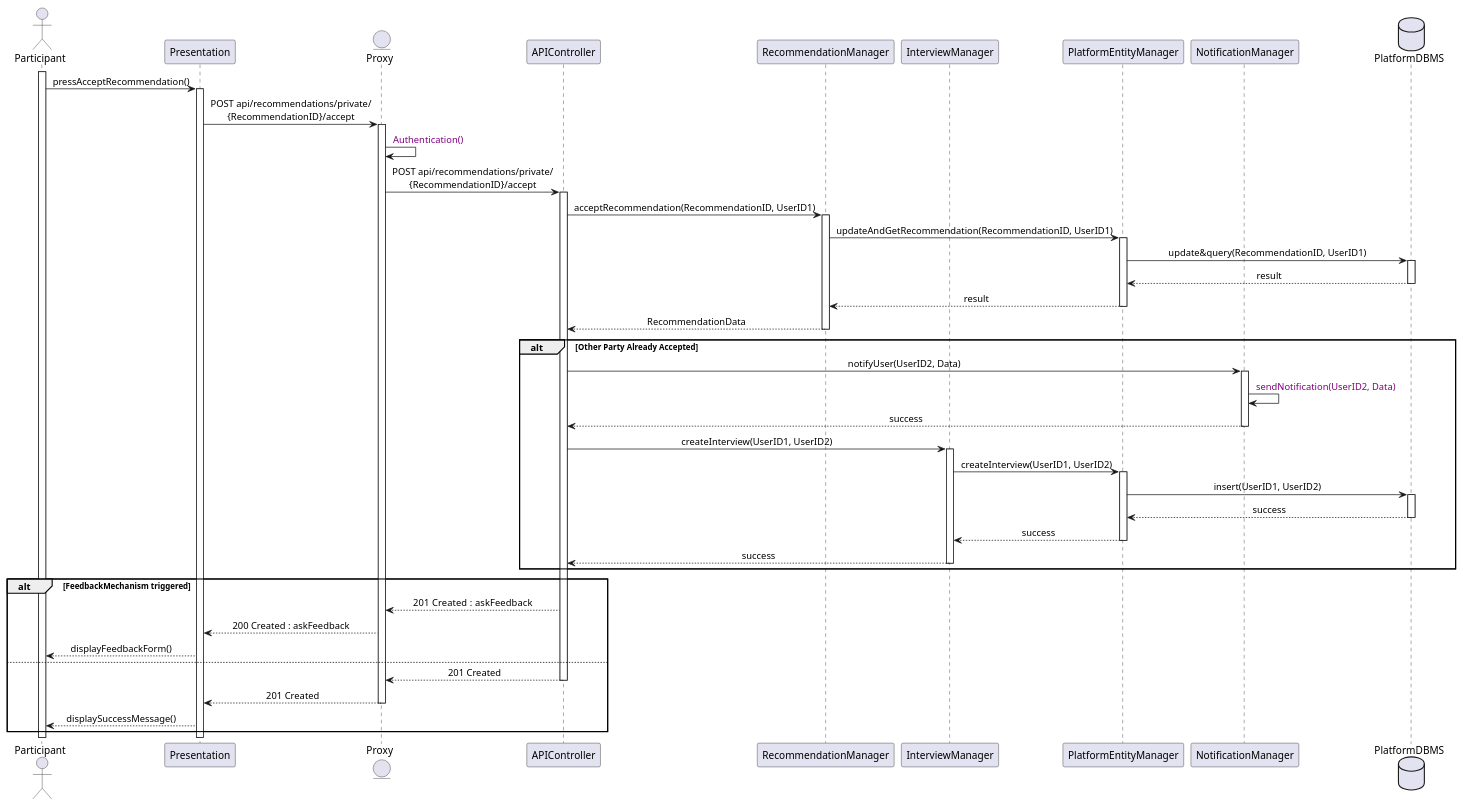
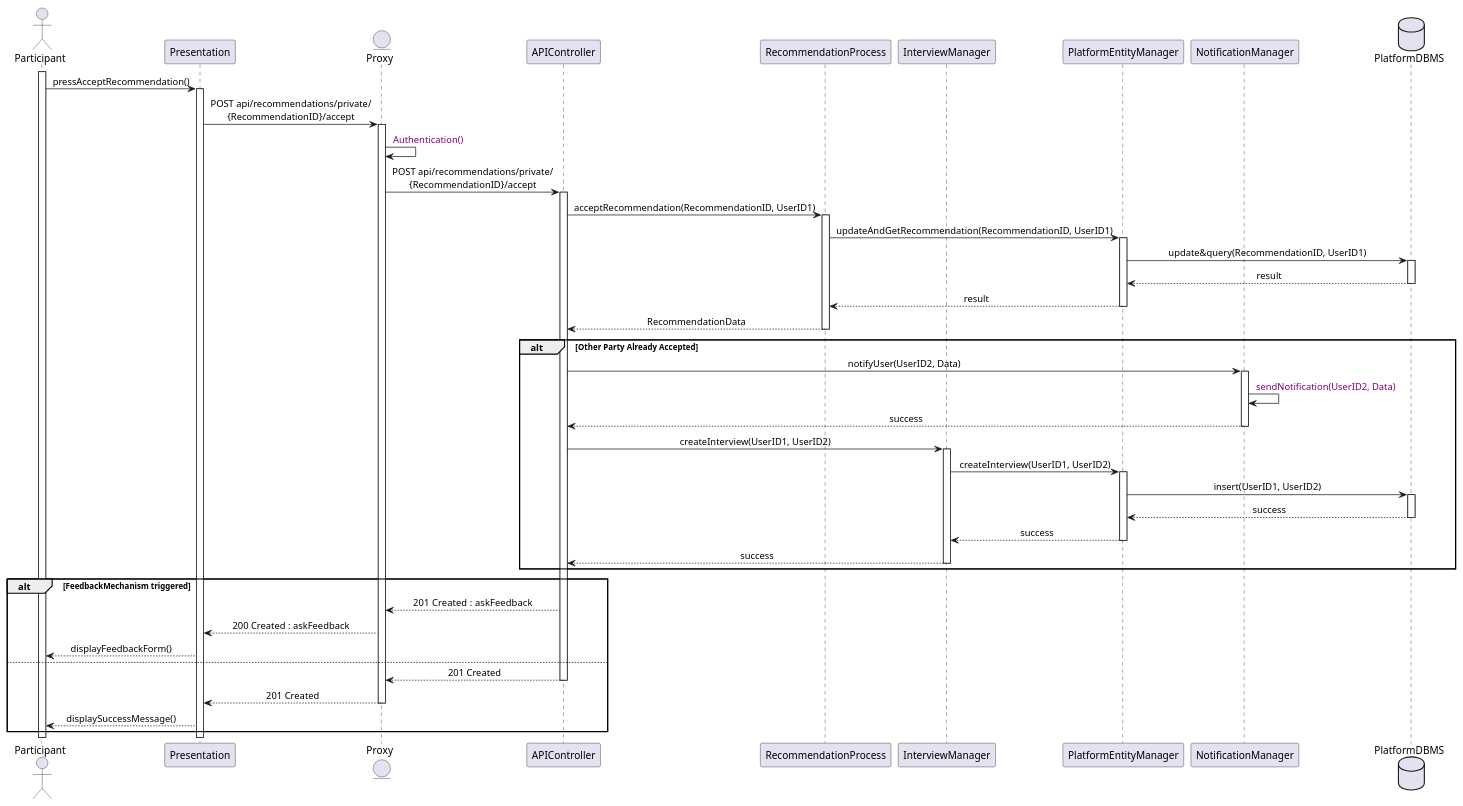
The diagram in Diagrams/SequenceDiagrams/DD/6.1ParticipantAcceptsMatch.wsd (Slaitroc/RicciPaoliGrisoni), drawn with PlantUML before and after one commit. The commit also changed 3 other files, not shown here.

Commit message:
change RecommendationManager to RecommendationProcess

```diff
--- a/Diagrams/SequenceDiagrams/DD/6.1ParticipantAcceptsMatch.wsd
+++ b/Diagrams/SequenceDiagrams/DD/6.1ParticipantAcceptsMatch.wsd
@@ -1,50 +1,50 @@
 @startuml AcceptRecommendation
 skinparam sequenceMessageAlign center
 actor       Participant
 participant  Presentation
 entity      Proxy
 participant APIController
-participant RecommendationManager
+participant RecommendationProcess
 participant InterviewManager
 participant PlatformEntityManager
 participant NotificationManager
 database    PlatformDBMS
 
 activate Participant
 Participant -> Presentation : pressAcceptRecommendation()
 activate Presentation
 Presentation -> Proxy : POST api/recommendations/private/\n{RecommendationID}/accept
 activate Proxy
 Proxy -> Proxy : <color:purple> Authentication()
 
 Proxy -> APIController ++ : POST api/recommendations/private/\n{RecommendationID}/accept
-APIController -> RecommendationManager ++ : acceptRecommendation(RecommendationID, UserID1)
-RecommendationManager -> PlatformEntityManager ++ : updateAndGetRecommendation(RecommendationID, UserID1)
+APIController -> RecommendationProcess ++ : acceptRecommendation(RecommendationID, UserID1)
+RecommendationProcess -> PlatformEntityManager ++ : updateAndGetRecommendation(RecommendationID, UserID1)
 PlatformEntityManager -> PlatformDBMS ++ : update&query(RecommendationID, UserID1)
 PlatformDBMS --> PlatformEntityManager -- : result
-PlatformEntityManager --> RecommendationManager -- : result
-RecommendationManager --> APIController -- : RecommendationData
+PlatformEntityManager --> RecommendationProcess -- : result
+RecommendationProcess --> APIController -- : RecommendationData
 
 alt Other Party Already Accepted
     APIController -> NotificationManager ++ : notifyUser(UserID2, Data)
     NotificationManager -> NotificationManager : <color:purple> sendNotification(UserID2, Data)
     NotificationManager --> APIController -- : success
     APIController -> InterviewManager ++ : createInterview(UserID1, UserID2)
     InterviewManager -> PlatformEntityManager ++ : createInterview(UserID1, UserID2)
     PlatformEntityManager -> PlatformDBMS ++ : insert(UserID1, UserID2)
     PlatformDBMS --> PlatformEntityManager -- : success
     PlatformEntityManager --> InterviewManager -- : success
     InterviewManager --> APIController -- : success
 end
 alt FeedbackMechanism triggered
     APIController --> Proxy : 201 Created  : askFeedback
     Proxy --> Presentation : 200 Created : askFeedback
     Presentation --> Participant : displayFeedbackForm()
 else
 APIController --> Proxy : 201 Created  
 deactivate APIController
 Proxy --> Presentation : 201 Created 
 deactivate Proxy
 Presentation --> Participant : displaySuccessMessage()
 end
 @enduml
```
